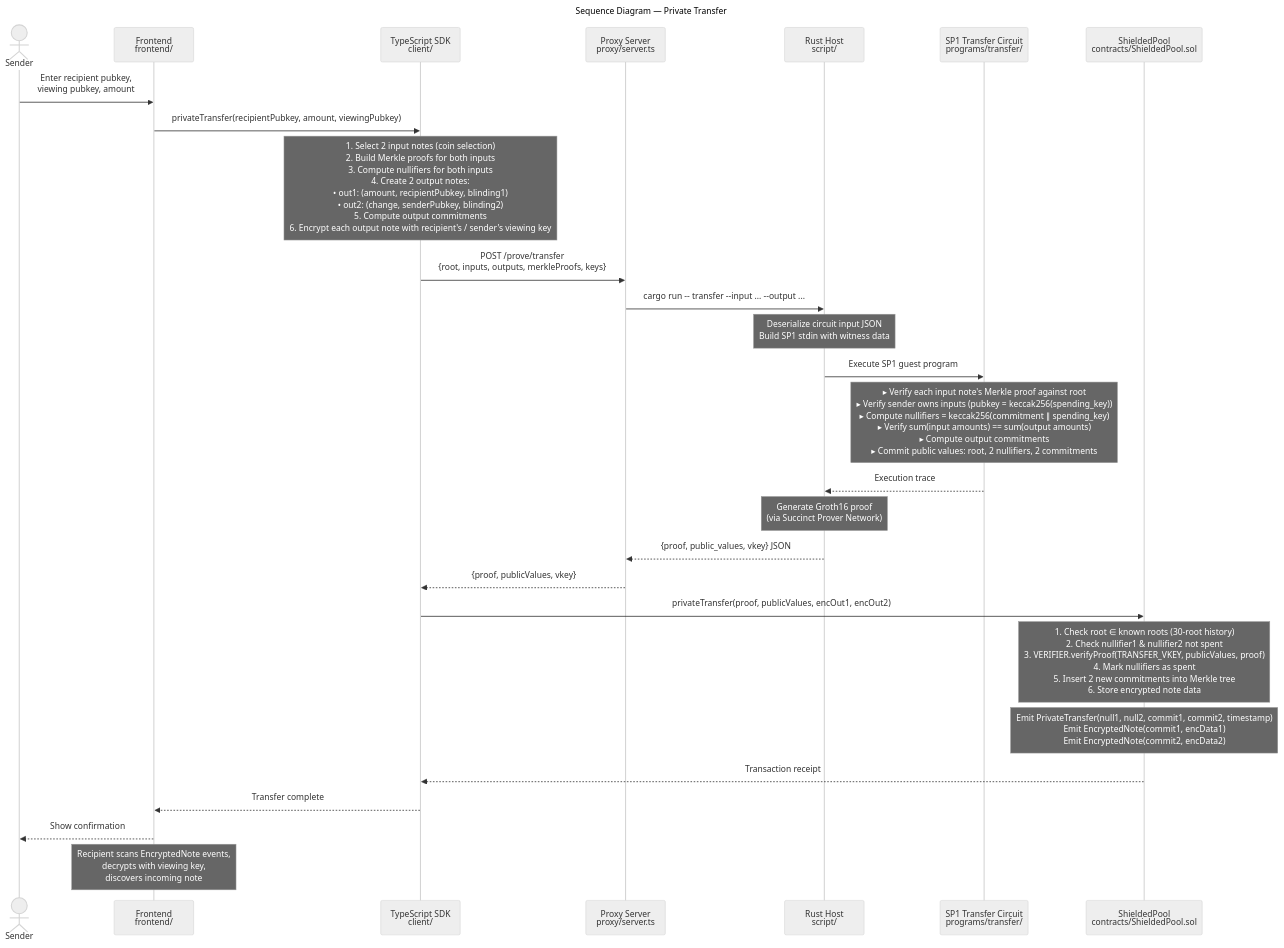
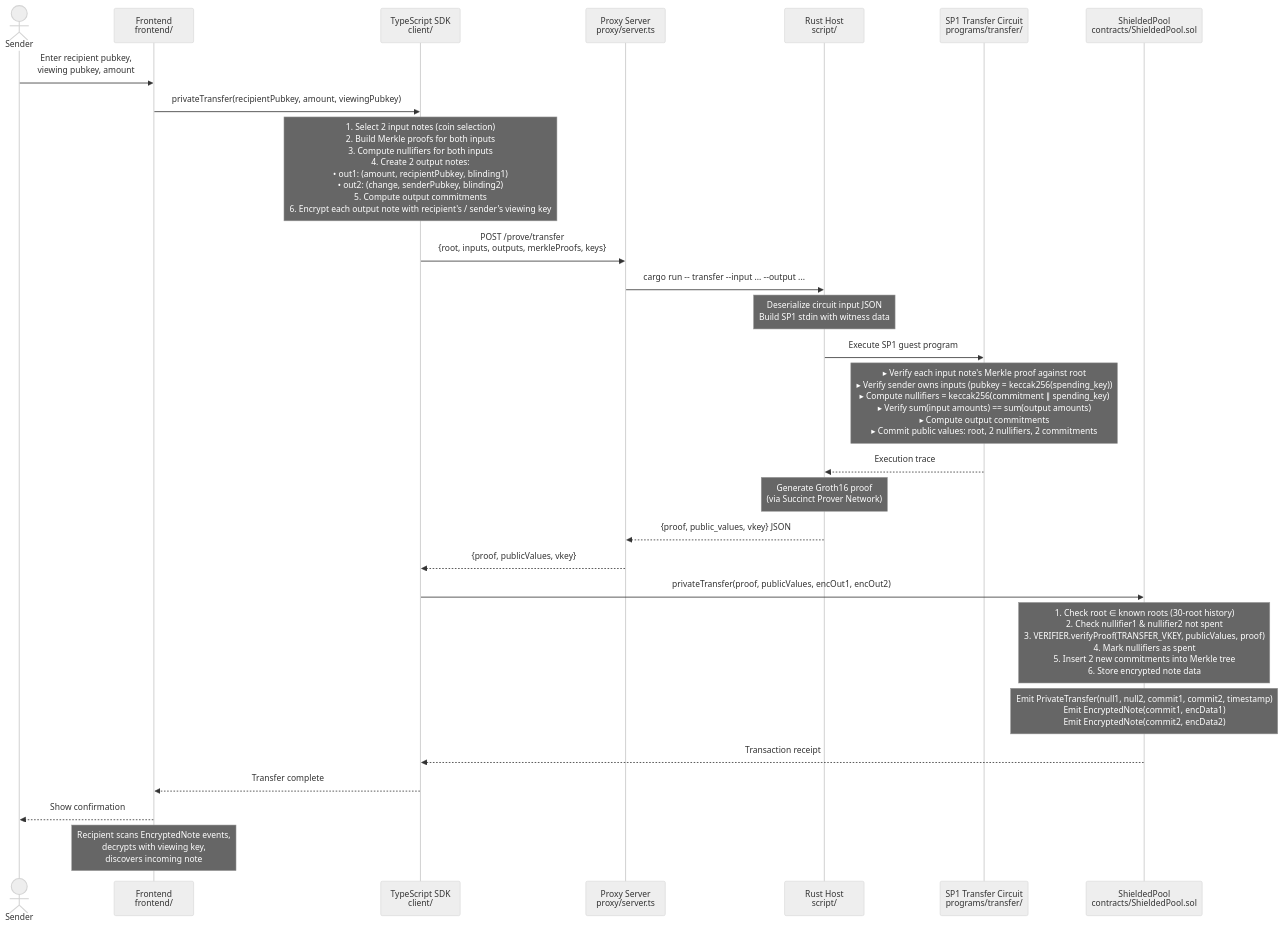
One commit to Kirol54/privatePlasma changed the diagram in docs/diagrams/sequence-transfer.mmd. Above: the diagram before and after it, drawn with Mermaid (neutral theme). The commit also changed 10 other files, not shown here.

Commit message:
Fix Mermaid rendering: remove YAML front matter from all .mmd files

```diff
--- a/docs/diagrams/sequence-transfer.mmd
+++ b/docs/diagrams/sequence-transfer.mmd
@@ -1,60 +1,58 @@
----
-title: "Sequence Diagram — Private Transfer"
----
+%% Sequence Diagram — Private Transfer
 %%
 %% Private Transfer flow: 2-in / 2-out note transfer.
 %% A ZK proof guarantees correctness without revealing amounts, sender, or recipient.
 %%
 %% Legend:
 %%   User / Browser   = frontend/
 %%   SDK              = client/
 %%   Proxy            = proxy/server.ts
 %%   Rust Host        = script/src/main.rs
 %%   SP1 Guest        = programs/transfer/
 %%   ShieldedPool     = contracts/ShieldedPool.sol
 %%
 
 sequenceDiagram
     actor Sender
     participant FE as Frontend<br/>frontend/
     participant SDK as TypeScript SDK<br/>client/
     participant PROXY as Proxy Server<br/>proxy/server.ts
     participant HOST as Rust Host<br/>script/
     participant SP1 as SP1 Transfer Circuit<br/>programs/transfer/
     participant SP as ShieldedPool<br/>contracts/ShieldedPool.sol
 
     Sender->>FE: Enter recipient pubkey,<br/>viewing pubkey, amount
 
     FE->>SDK: privateTransfer(recipientPubkey, amount, viewingPubkey)
 
     Note over SDK: 1. Select 2 input notes (coin selection)<br/>2. Build Merkle proofs for both inputs<br/>3. Compute nullifiers for both inputs<br/>4. Create 2 output notes:<br/>   • out1: (amount, recipientPubkey, blinding1)<br/>   • out2: (change, senderPubkey, blinding2)<br/>5. Compute output commitments<br/>6. Encrypt each output note with recipient's / sender's viewing key
 
     SDK->>PROXY: POST /prove/transfer<br/>{root, inputs, outputs, merkleProofs, keys}
 
     PROXY->>HOST: cargo run -- transfer --input ... --output ...
 
     Note over HOST: Deserialize circuit input JSON<br/>Build SP1 stdin with witness data
 
     HOST->>SP1: Execute SP1 guest program
 
     Note over SP1: ▸ Verify each input note's Merkle proof against root<br/>▸ Verify sender owns inputs (pubkey = keccak256(spending_key))<br/>▸ Compute nullifiers = keccak256(commitment ∥ spending_key)<br/>▸ Verify sum(input amounts) == sum(output amounts)<br/>▸ Compute output commitments<br/>▸ Commit public values: root, 2 nullifiers, 2 commitments
 
     SP1-->>HOST: Execution trace
 
     Note over HOST: Generate Groth16 proof<br/>(via Succinct Prover Network)
 
     HOST-->>PROXY: {proof, public_values, vkey} JSON
 
     PROXY-->>SDK: {proof, publicValues, vkey}
 
     SDK->>SP: privateTransfer(proof, publicValues, encOut1, encOut2)
 
     Note over SP: 1. Check root ∈ known roots (30-root history)<br/>2. Check nullifier1 & nullifier2 not spent<br/>3. VERIFIER.verifyProof(TRANSFER_VKEY, publicValues, proof)<br/>4. Mark nullifiers as spent<br/>5. Insert 2 new commitments into Merkle tree<br/>6. Store encrypted note data
 
     Note over SP: Emit PrivateTransfer(null1, null2, commit1, commit2, timestamp)<br/>Emit EncryptedNote(commit1, encData1)<br/>Emit EncryptedNote(commit2, encData2)
 
     SP-->>SDK: Transaction receipt
     SDK-->>FE: Transfer complete
     FE-->>Sender: Show confirmation
 
     Note over FE: Recipient scans EncryptedNote events,<br/>decrypts with viewing key,<br/>discovers incoming note
```
